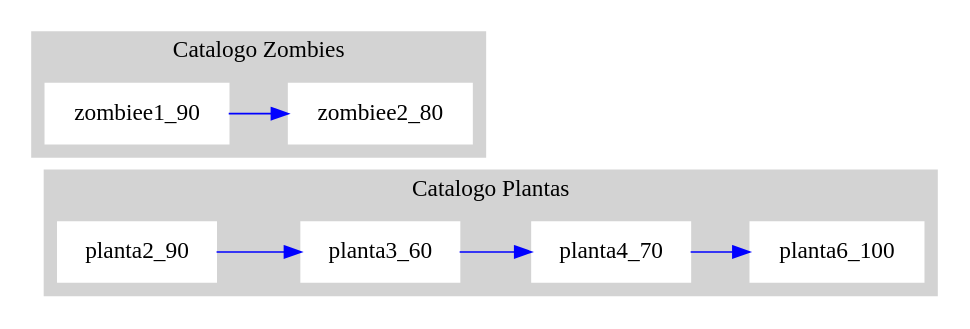
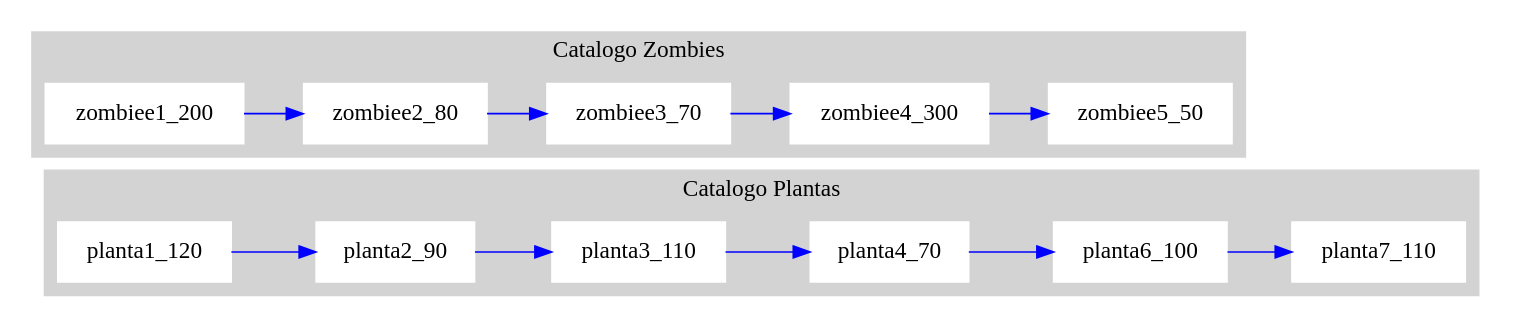
The diagram in src/practica1/catalogos.dot (cristi1/Practica1s1_201114717), drawn with Graphviz before and after one commit. The commit also changed 6 other files, not shown here.

```diff
--- a/src/practica1/catalogos.dot
+++ b/src/practica1/catalogos.dot
@@ -1,10 +1,10 @@
 digraph G { node[shape=box, style=filled, color=Gray95]; edge[color=blue]; rankdir=LR
 subgraph cluster0 {style=filled;  color=lightgrey;  node [color=white];
-planta2_90;planta2_90 -> planta3_60;planta3_60;planta3_60 -> planta4_70;planta4_70;planta4_70 -> planta6_100;planta6_100;
+planta1_120;planta1_120 -> planta2_90;planta2_90;planta2_90 -> planta3_110;planta3_110;planta3_110 -> planta4_70;planta4_70;planta4_70 -> planta6_100;planta6_100;planta6_100 -> planta7_110;planta7_110;
  label = "Catalogo Plantas";
 } 
 subgraph cluster1 {style=filled;  color=lightgrey;  node [color=white];
-zombiee1_90;zombiee1_90 -> zombiee2_80;zombiee2_80;
+zombiee1_200;zombiee1_200 -> zombiee2_80;zombiee2_80;zombiee2_80 -> zombiee3_70;zombiee3_70;zombiee3_70 -> zombiee4_300;zombiee4_300;zombiee4_300 -> zombiee5_50;zombiee5_50;
  label = "Catalogo Zombies";
 }
 }
```
